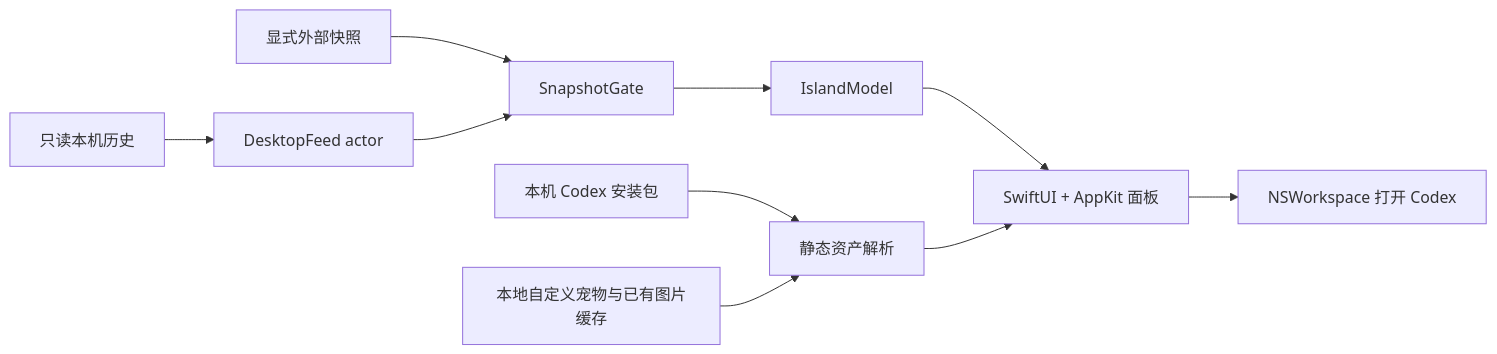
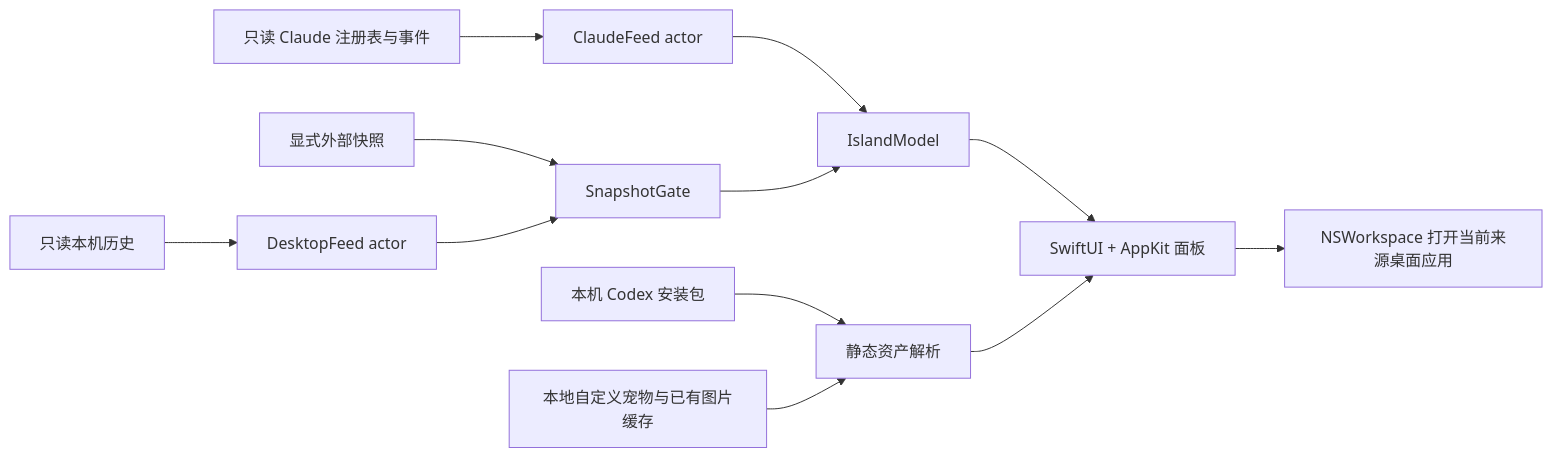
The diagram in docs/design.md (WaterWaters/codex-island), drawn with Mermaid before and after one commit. The commit also changed other lines of this file and 15 other files, not shown here.

````diff
--- a/docs/design.md
+++ b/docs/design.md
@@ -33,12 +39,14 @@
 ```mermaid
 flowchart LR
     D[只读本机历史] --> F[DesktopFeed actor]
+    CREG[只读 Claude 注册表与事件] --> CF[ClaudeFeed actor]
+    CF --> M
     E[显式外部快照] --> G[SnapshotGate]
     F --> G
     G --> M[IslandModel]
     M --> V[SwiftUI + AppKit 面板]
     A[本机 Codex 安装包] --> P[静态资产解析]
     C[本地自定义宠物与已有图片缓存] --> P
     P --> V
-    V --> L[NSWorkspace 打开 Codex]
+    V --> L[NSWorkspace 打开当前来源桌面应用]
 ```
````
